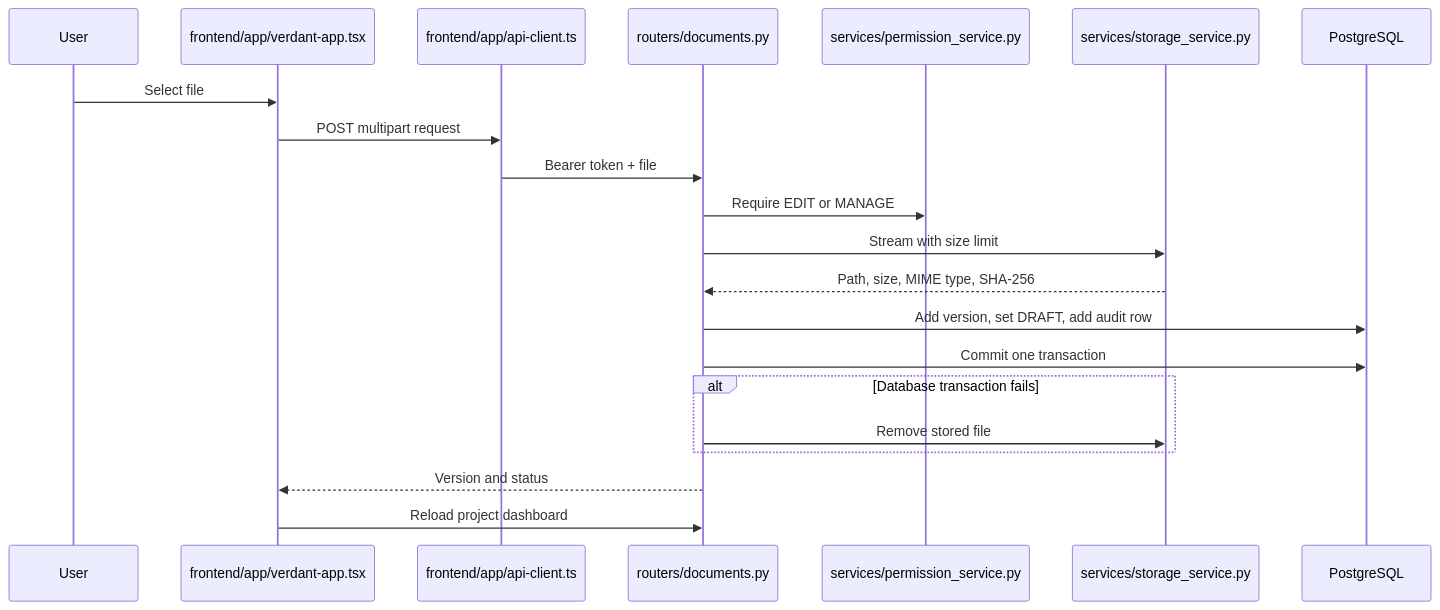
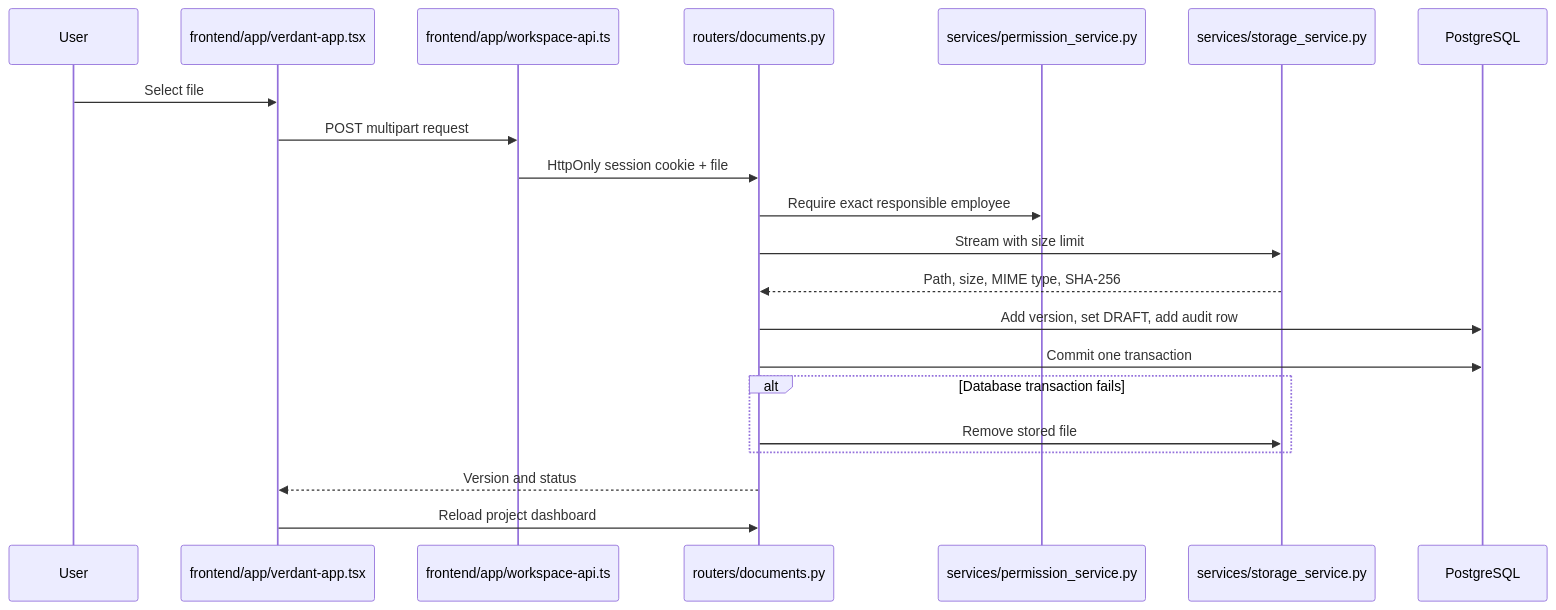
One commit to zerolight59/verdant-document-hub changed the second of 3 diagrams in docs/CODEBASE_GUIDE.md. Above: the diagram before and after it, drawn with Mermaid. The commit also changed other lines of this file and 74 other files, not shown here.

````diff
--- a/docs/CODEBASE_GUIDE.md
+++ b/docs/CODEBASE_GUIDE.md
@@ -101,24 +101,24 @@
 ```mermaid
 sequenceDiagram
     participant User
     participant UI as frontend/app/verdant-app.tsx
-    participant Client as frontend/app/api-client.ts
+    participant Client as frontend/app/workspace-api.ts
     participant Router as routers/documents.py
     participant Permission as services/permission_service.py
     participant Storage as services/storage_service.py
     participant DB as PostgreSQL
 
     User->>UI: Select file
     UI->>Client: POST multipart request
-    Client->>Router: Bearer token + file
-    Router->>Permission: Require EDIT or MANAGE
+    Client->>Router: HttpOnly session cookie + file
+    Router->>Permission: Require exact responsible employee
     Router->>Storage: Stream with size limit
     Storage-->>Router: Path, size, MIME type, SHA-256
     Router->>DB: Add version, set DRAFT, add audit row
     Router->>DB: Commit one transaction
     alt Database transaction fails
         Router->>Storage: Remove stored file
     end
     Router-->>UI: Version and status
     UI->>Router: Reload project dashboard
 ```
````
